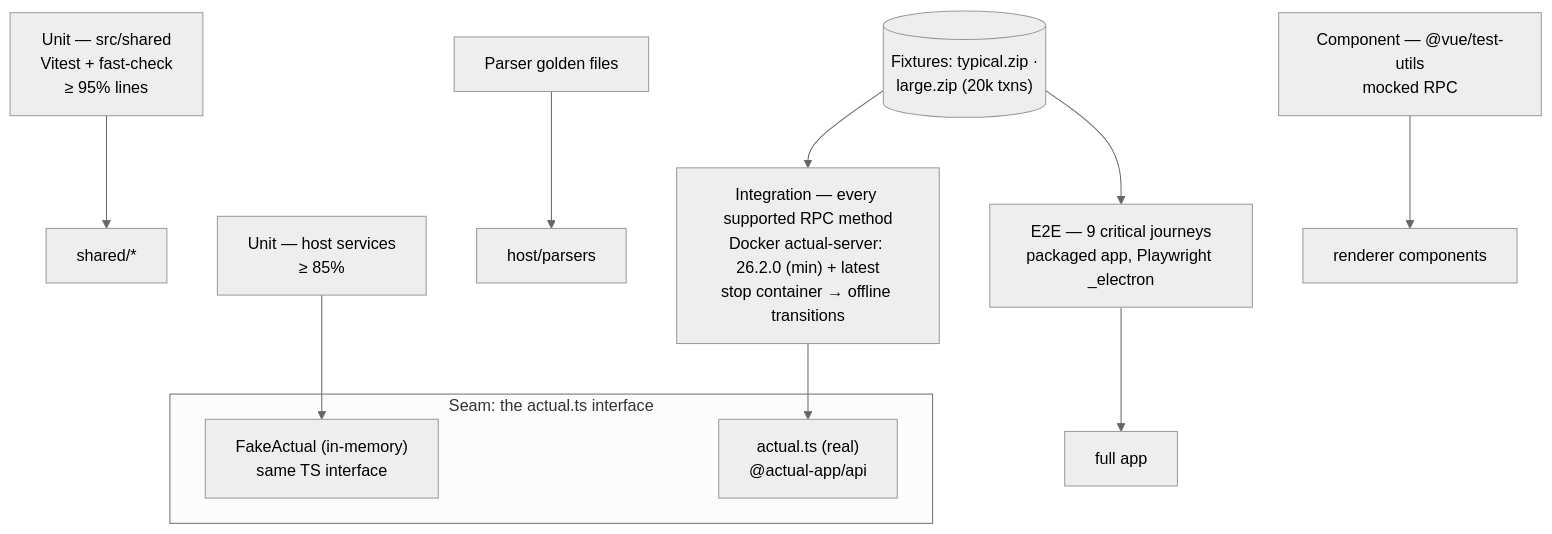
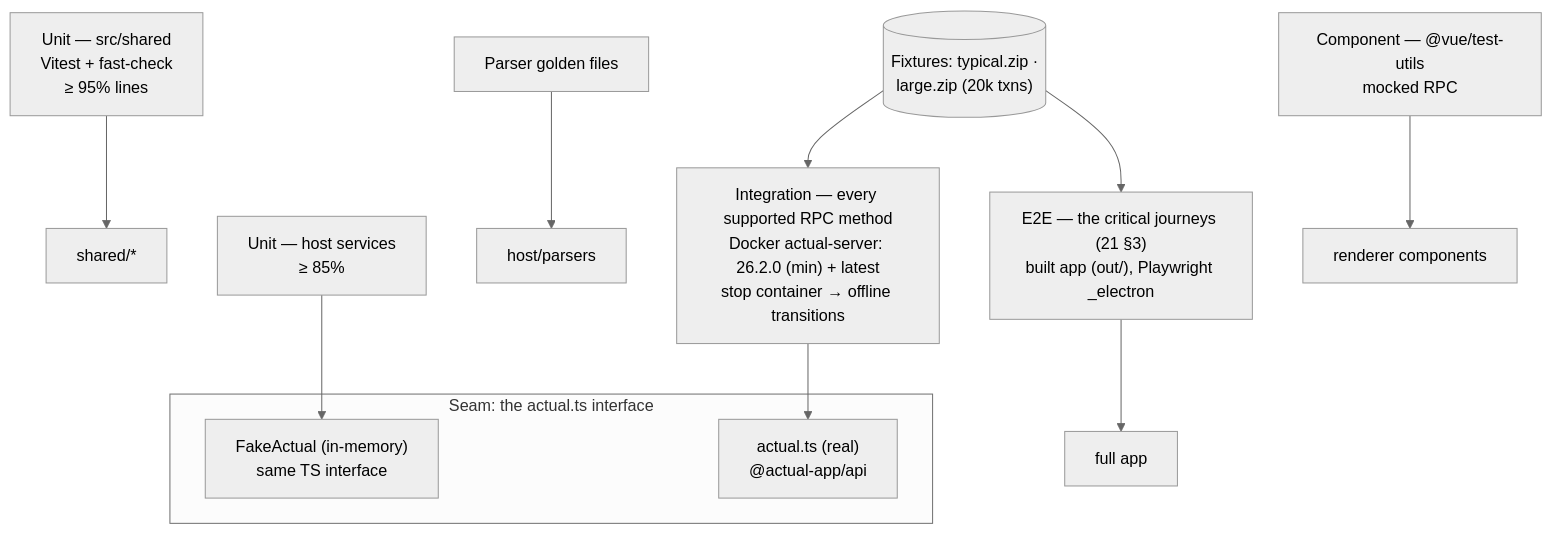
Diagram 12 of 12 in docs/architecture.md (thomasjbarrett82/actuality), drawn with Mermaid (neutral theme) before and after one commit. The commit also changed other lines of this file and 31 other files, not shown here.

````diff
--- a/docs/architecture.md
+++ b/docs/architecture.md
@@ -484,15 +483,15 @@
 ```mermaid
 flowchart TB
     subgraph seam["Seam: the actual.ts interface"]
         real["actual.ts (real)<br/>@actual-app/api"]
         fake["FakeActual (in-memory)<br/>same TS interface"]
     end
     unitS["Unit — src/shared<br/>Vitest + fast-check<br/>≥ 95% lines"] --> shared2["shared/*"]
     unitH["Unit — host services<br/>≥ 85%"] --> fake
     golden["Parser golden files"] --> parsers2["host/parsers"]
     comp["Component — @vue/test-utils<br/>mocked RPC"] --> rend2["renderer components"]
     integ["Integration — every supported RPC method<br/>Docker actual-server: 26.2.0 (min) + latest<br/>stop container → offline transitions"] --> real
-    e2e2["E2E — 9 critical journeys<br/>packaged app, Playwright _electron"] --> app2["full app"]
+    e2e2["E2E — the critical journeys (21 §3)<br/>built app (out/), Playwright _electron"] --> app2["full app"]
     fixtures[("Fixtures: typical.zip ·<br/>large.zip (20k txns)")] --> integ
     fixtures --> e2e2
 ```
````
